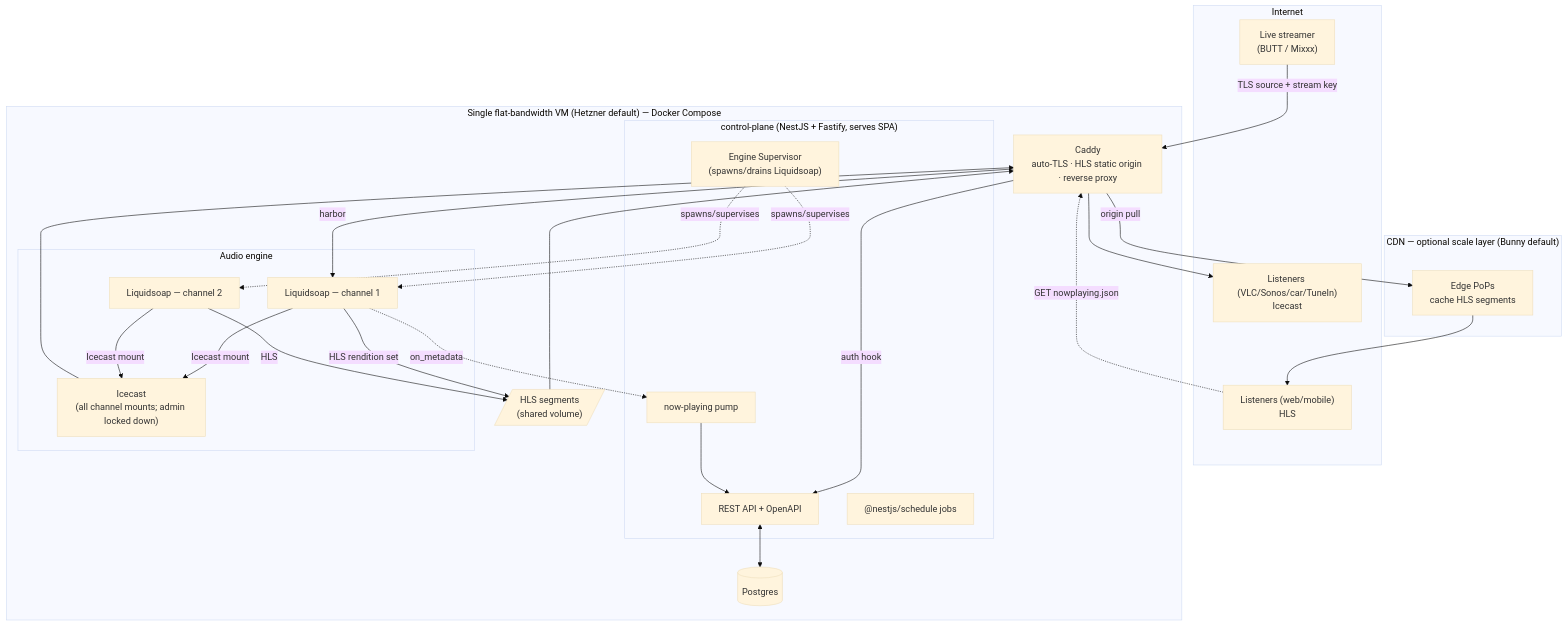
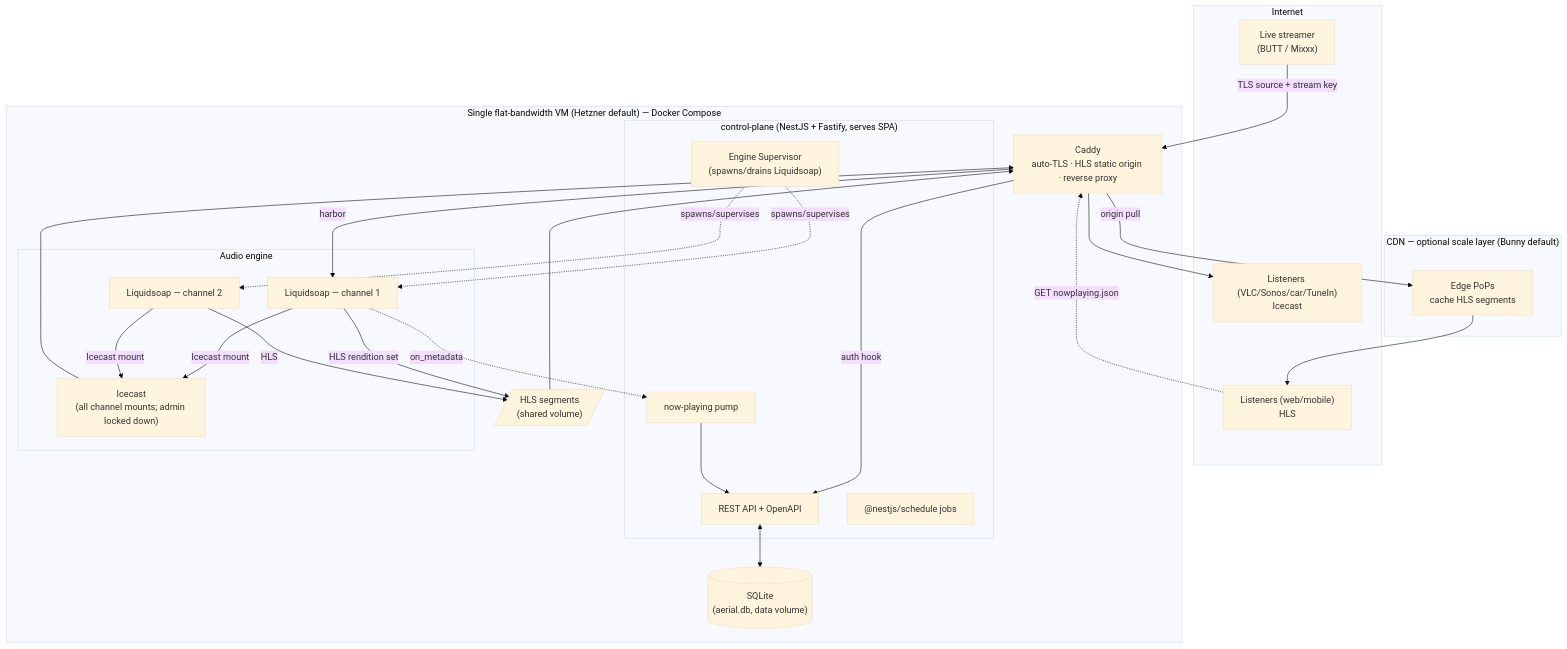
Before and after one commit to woodrow-projects/aerial: the diagram in docs/ARCHITECTURE.md, drawn with Mermaid (base theme). The commit also changed other lines of this file and 29 other files, not shown here.

````diff
--- a/docs/ARCHITECTURE.md
+++ b/docs/ARCHITECTURE.md
@@ -17,48 +17,48 @@
 ```mermaid
 graph TD
     subgraph Internet
         STREAMER["Live streamer<br/>(BUTT / Mixxx)"]
         L_HLS["Listeners (web/mobile)<br/>HLS"]
         L_LEG["Listeners (VLC/Sonos/car/TuneIn)<br/>Icecast"]
     end
 
     subgraph CDN ["CDN — optional scale layer (Bunny default)"]
         EDGE["Edge PoPs<br/>cache HLS segments"]
     end
 
     subgraph VM ["Single flat-bandwidth VM (Hetzner default) — Docker Compose"]
         CADDY["Caddy<br/>auto-TLS · HLS static origin · reverse proxy"]
 
         subgraph CP ["control-plane (NestJS + Fastify, serves SPA)"]
             API["REST API + OpenAPI"]
             SUP["Engine Supervisor<br/>(spawns/drains Liquidsoap)"]
             NP["now-playing pump"]
             JOBS["@nestjs/schedule jobs"]
         end
 
         subgraph ENG ["Audio engine"]
             LS1["Liquidsoap — channel 1"]
             LS2["Liquidsoap — channel 2"]
             ICE["Icecast<br/>(all channel mounts; admin locked down)"]
         end
 
-        PG[("Postgres")]
+        PG[("SQLite<br/>(aerial.db, data volume)")]
         VOL[/"HLS segments<br/>(shared volume)"/]
     end
 
     STREAMER -->|TLS source + stream key| CADDY -->|harbor| LS1
     LS1 -->|HLS rendition set| VOL
     LS1 -->|Icecast mount| ICE
     LS2 -->|HLS| VOL
     LS2 -->|Icecast mount| ICE
 
     CADDY -->|auth hook| API
     SUP -.spawns/supervises.-> LS1 & LS2
     LS1 -.on_metadata.-> NP --> API
     API <--> PG
 
     VOL --> CADDY
     CADDY -->|origin pull| EDGE --> L_HLS
     ICE --> CADDY --> L_LEG
     L_HLS -."GET nowplaying.json".-> CADDY
 ```
````
